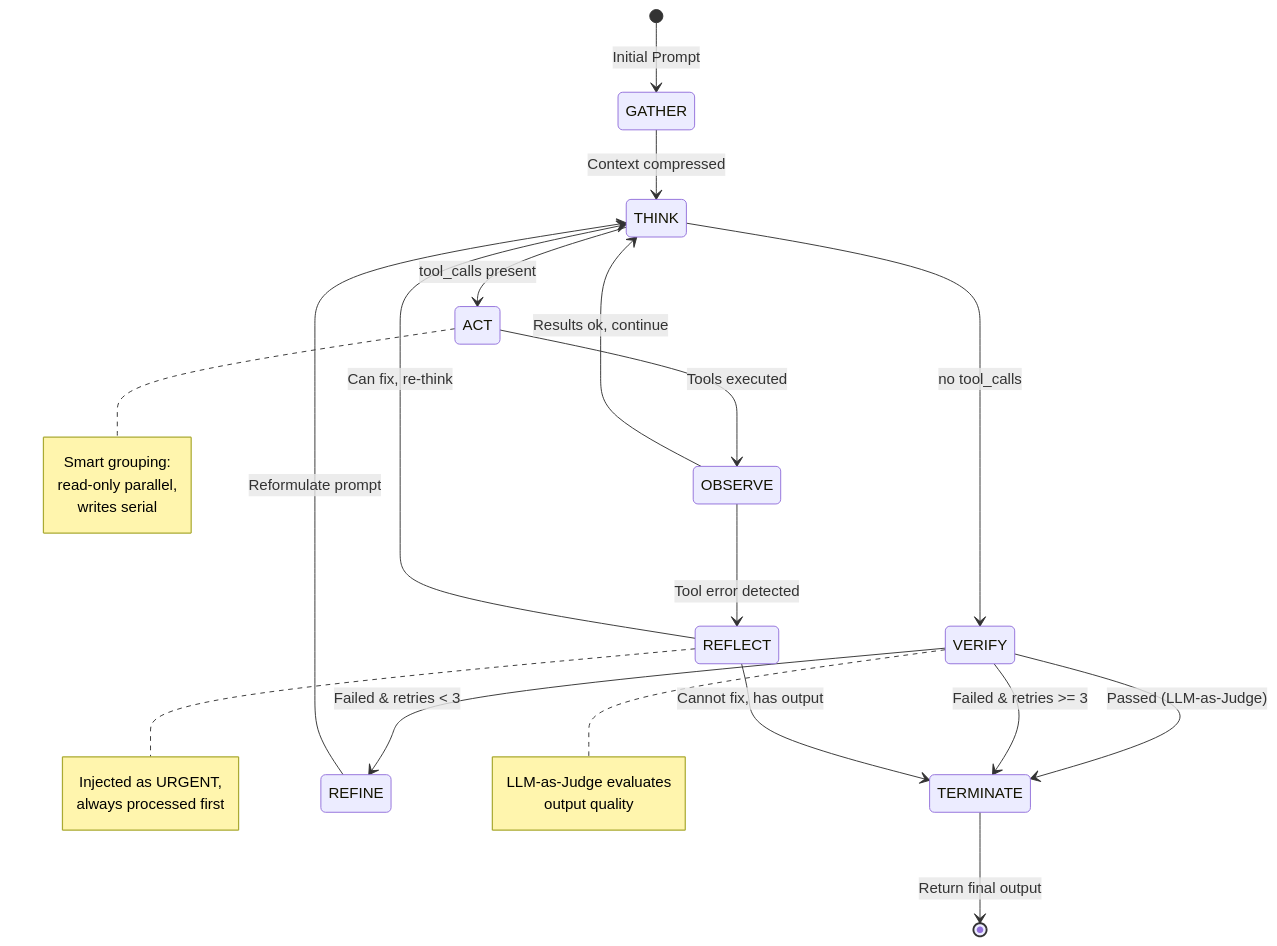
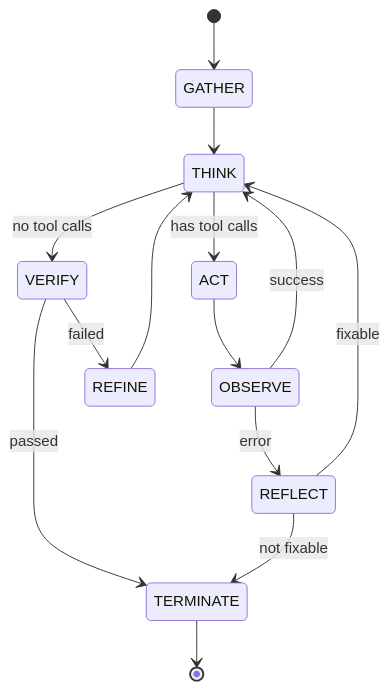
Before and after one commit to archerzing-tech/agent-event-loop: the third of 3 diagrams in README.md, drawn with Mermaid. The commit also changed other lines of this file, not shown here.

Commit message:
simplify Mermaid diagrams: remove subgraph/edge details, fix Budget termination path

````diff
--- a/README.md
+++ b/README.md
@@ -114,38 +80,21 @@
 ```mermaid
 stateDiagram-v2
-    [*] --> GATHER : Initial Prompt
-    GATHER --> THINK : Context compressed
+    [*] --> GATHER
+    GATHER --> THINK
 
-    THINK --> ACT : tool_calls present
-    THINK --> VERIFY : no tool_calls
+    THINK --> ACT : has tool calls
+    THINK --> VERIFY : no tool calls
 
-    ACT --> OBSERVE : Tools executed
+    ACT --> OBSERVE
+    OBSERVE --> THINK : success
+    OBSERVE --> REFLECT : error
 
-    OBSERVE --> THINK : Results ok, continue
-    OBSERVE --> REFLECT : Tool error detected
+    VERIFY --> TERMINATE : passed
+    VERIFY --> REFINE : failed
 
-    VERIFY --> TERMINATE : Passed (LLM-as-Judge)
-    VERIFY --> REFINE : Failed & retries < 3
-    VERIFY --> TERMINATE : Failed & retries >= 3
+    REFINE --> THINK
+    REFLECT --> THINK : fixable
+    REFLECT --> TERMINATE : not fixable
 
-    REFINE --> THINK : Reformulate prompt
-
-    REFLECT --> THINK : Can fix, re-think
-    REFLECT --> TERMINATE : Cannot fix, has output
-
-    TERMINATE --> [*] : Return final output
-
-    note right of ACT
-        Smart grouping:
-        read-only parallel,
-        writes serial
-    end note
-    note right of REFLECT
-        Injected as URGENT,
-        always processed first
-    end note
-    note right of VERIFY
-        LLM-as-Judge evaluates
-        output quality
-    end note
+    TERMINATE --> [*]
 ```
````
